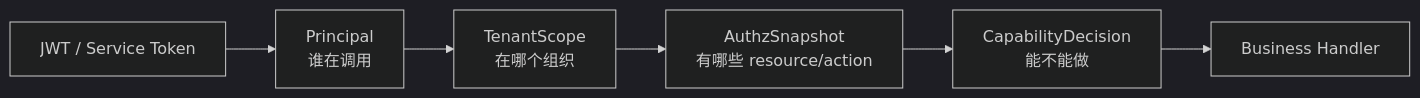
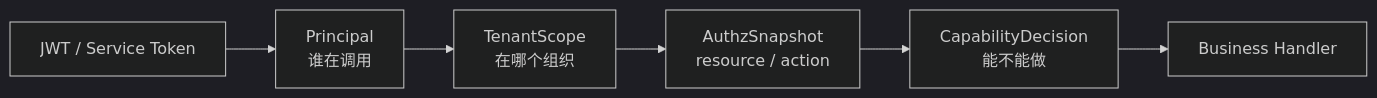
Before and after one commit to FangcunMount/qs-server: the ninth of 13 diagrams in docs/06-宣讲/10-架构图素材索引.md, drawn with Mermaid (dark theme). The commit also changed other lines of this file and 25 other files, not shown here.

````diff
--- a/docs/06-宣讲/10-架构图素材索引.md
+++ b/docs/06-宣讲/10-架构图素材索引.md
@@ -495,11 +673,11 @@
 ```mermaid
 flowchart LR
     Token["JWT / Service Token"]
     Principal["Principal<br/>谁在调用"]
     Tenant["TenantScope<br/>在哪个组织"]
-    Snapshot["AuthzSnapshot<br/>有哪些 resource/action"]
+    Snapshot["AuthzSnapshot<br/>resource / action"]
     Decision["CapabilityDecision<br/>能不能做"]
     Handler["Business Handler"]
 
     Token --> Principal --> Tenant --> Snapshot --> Decision --> Handler
 ```
````
